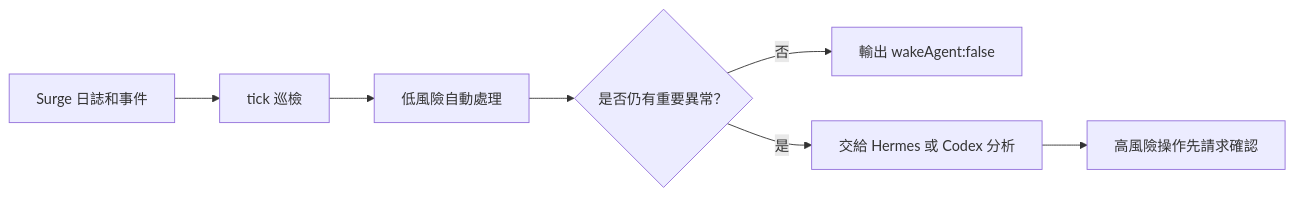
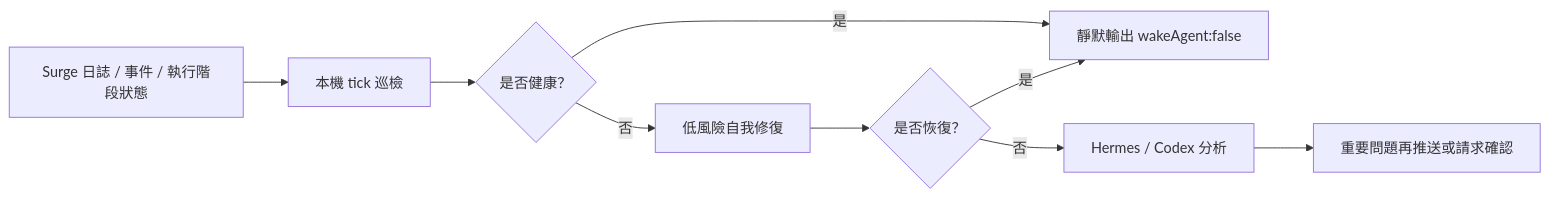
Before and after one commit to rexchen2024/surge-guardian-assistant: the diagram in README.zh-TW.md, drawn with Mermaid. The commit also changed other lines of this file and 7 other files, not shown here.

````diff
--- a/README.zh-TW.md
+++ b/README.zh-TW.md
@@ -48,9 +39,11 @@
 ```mermaid
 flowchart LR
-  Surge["Surge 日誌和事件"] --> Tick["tick 巡檢"]
-  Tick --> Fix["低風險自動處理"]
-  Fix --> Healthy{"是否仍有重要異常？"}
-  Healthy -->|否| Quiet["輸出 wakeAgent:false"]
-  Healthy -->|是| Review["交給 Hermes 或 Codex 分析"]
-  Review --> Confirm["高風險操作先請求確認"]
+  Surge["Surge 日誌 / 事件 / 執行階段狀態"] --> Tick["本機 tick 巡檢"]
+  Tick --> Quiet{"是否健康？"}
+  Quiet -->|是| Silent["靜默輸出 wakeAgent:false"]
+  Quiet -->|否| Heal["低風險自我修復"]
+  Heal --> Again{"是否恢復？"}
+  Again -->|是| Silent
+  Again -->|否| AI["Hermes / Codex 分析"]
+  AI --> Notify["重要問題再推送或請求確認"]
 ```
````
